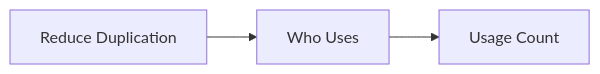
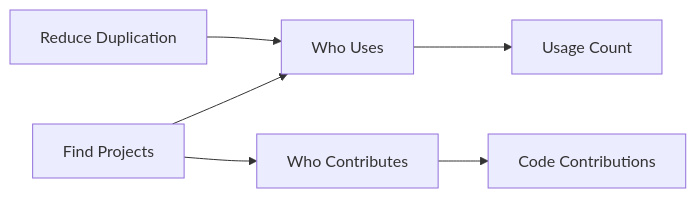
One commit to InnerSourceCommons/managing-innersource-projects changed the diagram in measuring/use_gqm.md. Above: the diagram before and after it, drawn with Mermaid.

Commit message:
feat: add graph edges for new GQM

````diff
--- a/measuring/use_gqm.md
+++ b/measuring/use_gqm.md
@@ -5,5 +5,8 @@
 ```mermaid
 graph LR;
+find-projects[Find Projects] --> who-uses[Who Uses];
 reduce-duplication[Reduce Duplication] --> who-uses[Who Uses];
 who-uses --> usage-count[Usage Count];
+find-projects --> who-contributes
+who-contributes[Who Contributes] --> code-contributions[Code Contributions];
 ```
````
